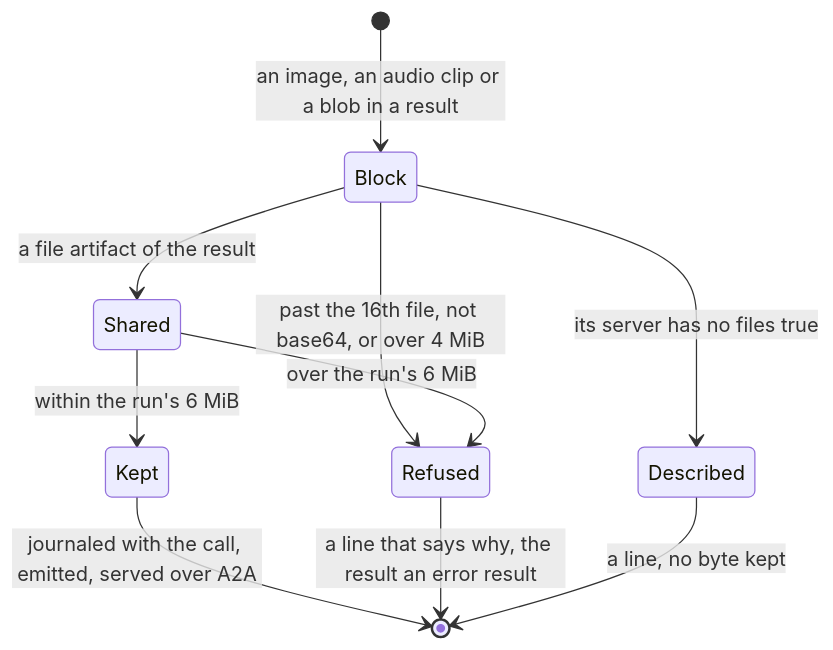
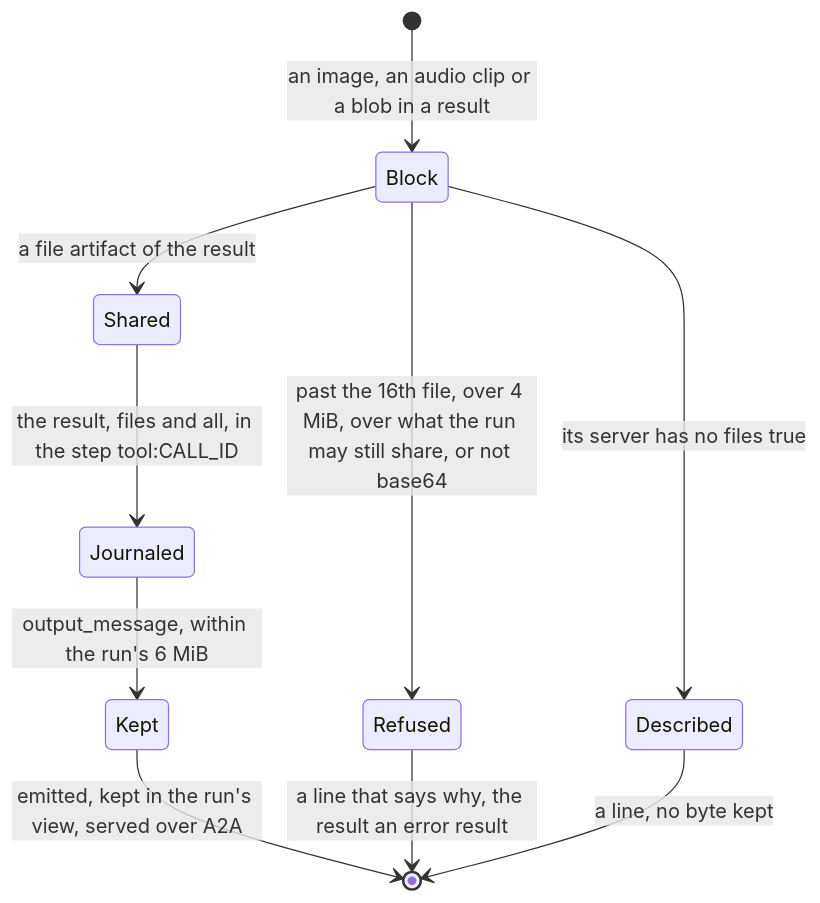
Before and after one commit to vymalo/another-adam-rs: the sixth of 9 diagrams in crates/adam-mcp/README.md, drawn with Mermaid. The commit also changed other lines of this file and 28 other files, not shown here.

First line of the commit message:
fix(runtime)!: bound a result's files by the run's budget, name them by content

````diff
--- a/crates/adam-mcp/README.md
+++ b/crates/adam-mcp/README.md
@@ -289,12 +289,12 @@
 ```mermaid
 stateDiagram-v2
     [*] --> Block: an image, an audio clip or a blob in a result
     Block --> Described: its server has no files true
-    Block --> Refused: past the 16th file, not base64, or over 4 MiB
+    Block --> Refused: past the 16th file, over 4 MiB, over what the run may still share, or not base64
     Block --> Shared: a file artifact of the result
-    Shared --> Kept: within the run's 6 MiB
-    Shared --> Refused: over the run's 6 MiB
-    Kept --> [*]: journaled with the call, emitted, served over A2A
+    Shared --> Journaled: the result, files and all, in the step tool:CALL_ID
+    Journaled --> Kept: output_message, within the run's 6 MiB
+    Kept --> [*]: emitted, kept in the run's view, served over A2A
     Refused --> [*]: a line that says why, the result an error result
     Described --> [*]: a line, no byte kept
 ```
````
